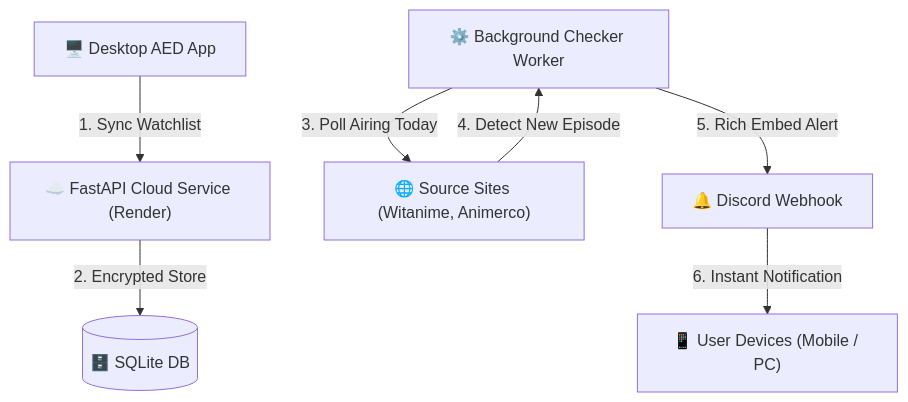
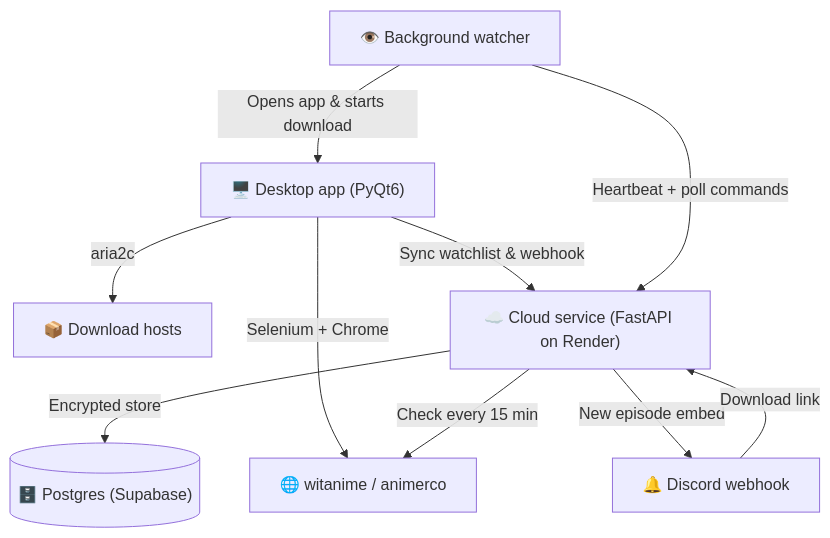
One commit to ud7-a/autoDownloader changed the diagram in README.md. Above: the diagram before and after it, drawn with Mermaid. The commit also changed other lines of this file, not shown here.

First line of the commit message:
Update README to match the app's current state

````diff
--- a/README.md
+++ b/README.md
@@ -64,9 +90,12 @@
 ```mermaid
 graph TD
-    A["🖥️ Desktop AED App"] -->|"1. Sync Watchlist"| B["☁️ FastAPI Cloud Service (Render)"]
-    B -->|"2. Encrypted Store"| C[("🗄️ SQLite DB")]
-    D["⚙️ Background Checker Worker"] -->|"3. Poll Airing Today"| E["🌐 Source Sites (Witanime, Animerco)"]
-    E -->|"4. Detect New Episode"| D
-    D -->|"5. Rich Embed Alert"| F["🔔 Discord Webhook"]
-    F -->|"6. Instant Notification"| G["📱 User Devices (Mobile / PC)"]
+    A["🖥️ Desktop app (PyQt6)"] -->|"Selenium + Chrome"| S["🌐 witanime / animerco"]
+    A -->|"aria2c"| H["📦 Download hosts"]
+    A -->|"Sync watchlist & webhook"| B["☁️ Cloud service (FastAPI on Render)"]
+    B -->|"Encrypted store"| C[("🗄️ Postgres (Supabase)")]
+    B -->|"Check every 15 min"| S
+    B -->|"New episode embed"| F["🔔 Discord webhook"]
+    F -->|"Download link"| B
+    W["👁️ Background watcher"] -->|"Heartbeat + poll commands"| B
+    W -->|"Opens app & starts download"| A
 ```
````
